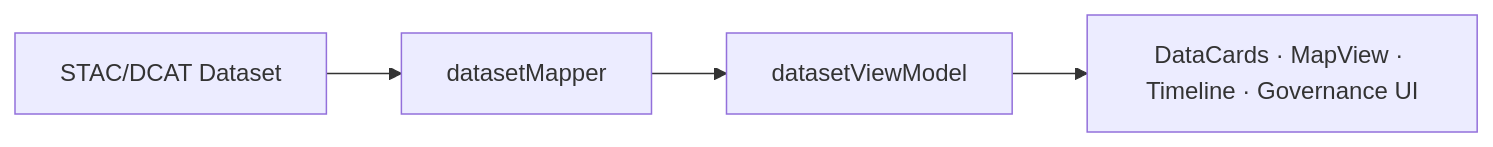
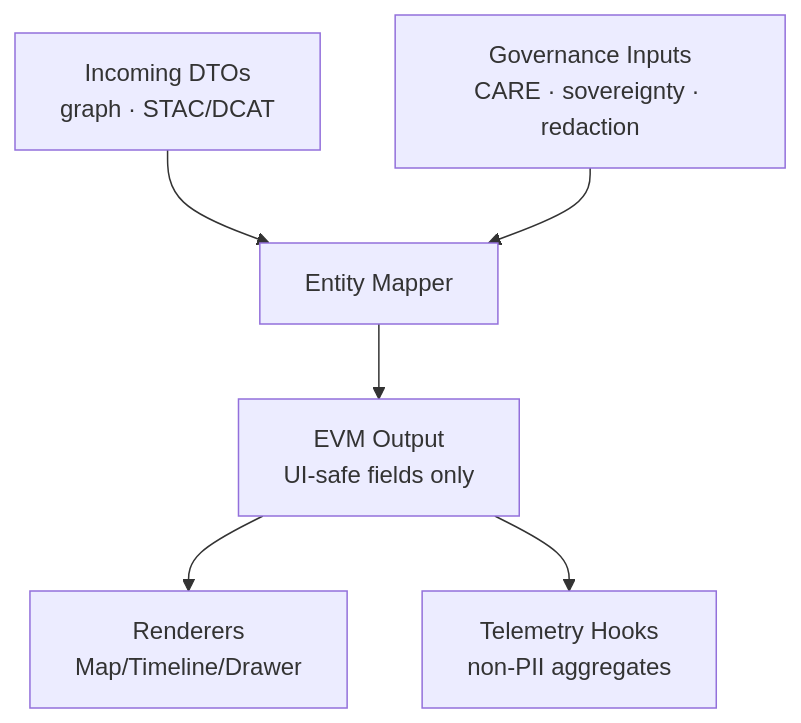
One commit to bartytime4life/Kansas-Frontier-Matrix changed the second of 2 diagrams in web/src/entities/README.md. Above: the diagram before and after it, drawn with Mermaid. The commit also changed other lines of this file, not shown here.

```diff
--- a/web/src/entities/README.md
+++ b/web/src/entities/README.md
@@ -375,6 +268,8 @@
 ~~~mermaid
-flowchart LR
-    D1[STAC/DCAT Dataset] --> D2[datasetMapper]
-    D2 --> D3[datasetViewModel]
-    D3 --> UI[DataCards · MapView · Timeline · Governance UI]
+flowchart TD
+  IN[Incoming DTOs<br/>graph · STAC/DCAT] --> MAP[Entity Mapper]
+  GOV[Governance Inputs<br/>CARE · sovereignty · redaction] --> MAP
+  MAP --> OUT[EVM Output<br/>UI‑safe fields only]
+  OUT --> R[Renderers<br/>Map/Timeline/Drawer]
+  OUT --> T[Telemetry Hooks<br/>non‑PII aggregates]
 ~~~
```
